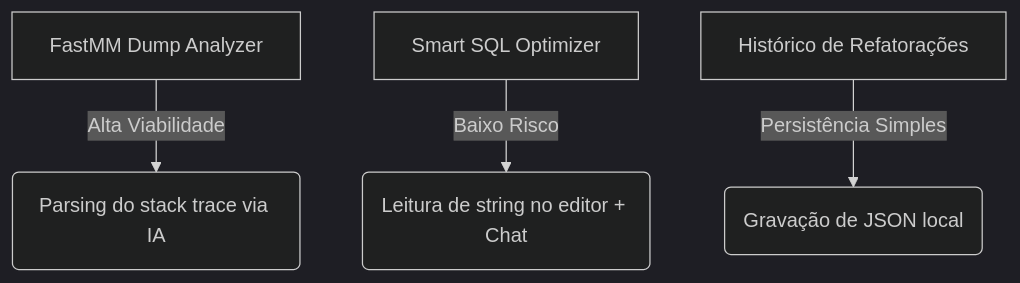
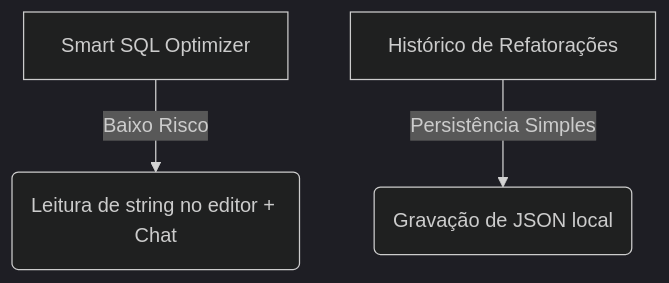
One commit to onyxadm/RadIA-Plugin changed the diagram in docs/feature_prioritization_matrix.md. Above: the diagram before and after it, drawn with Mermaid (dark theme). The commit also changed other lines of this file and 2 other files, not shown here.

Commit message:
docs: remove redundant memory leak analyzer from roadmap and matrix

````diff
--- a/docs/feature_prioritization_matrix.md
+++ b/docs/feature_prioritization_matrix.md
@@ -40,6 +39,5 @@
 ```mermaid
 graph TD
-    A[FastMM Dump Analyzer] -->|Alta Viabilidade| B(Parsing do stack trace via IA)
     C[Smart SQL Optimizer] -->|Baixo Risco| D(Leitura de string no editor + Chat)
     E[Histórico de Refatorações] -->|Persistência Simples| F(Gravação de JSON local)
 ```
````
